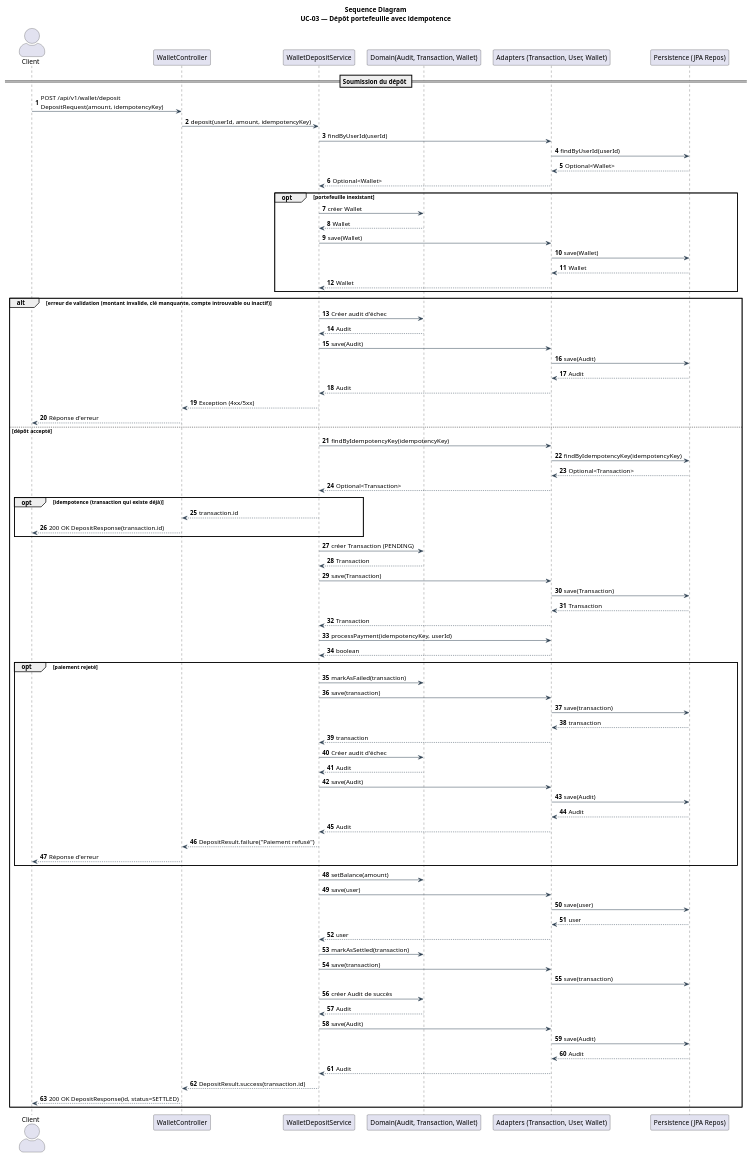
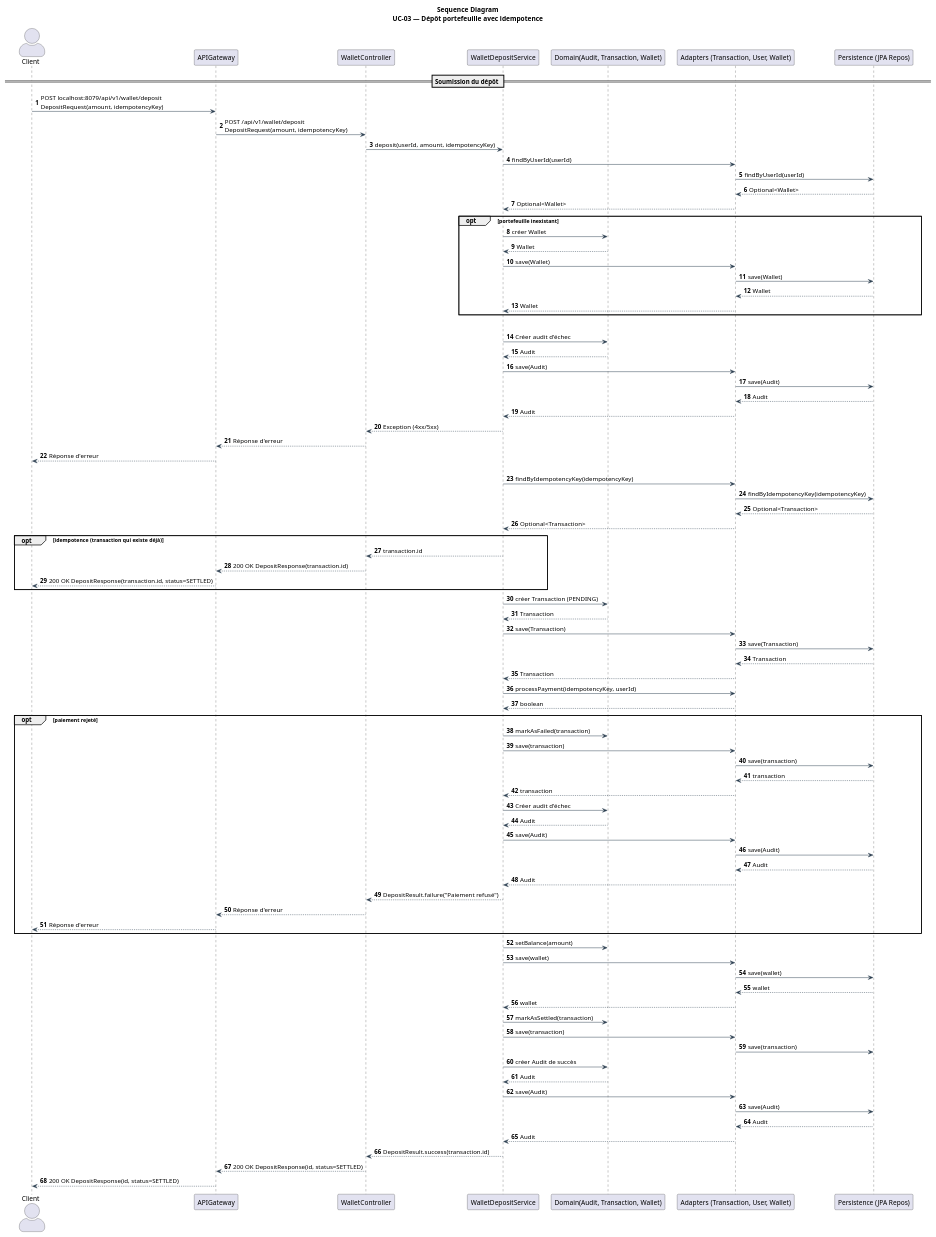
The diagram in docs/architecture/4+1/processView/sequenceDiagrams/sequenceDiagramUC03.puml (Hugo-12341234/BrokerX_MicroServices), drawn with PlantUML before and after one commit. The commit also changed 10 other files, not shown here.

Commit message:
Update diagrammes de séquence

```diff
--- a/docs/architecture/4+1/processView/sequenceDiagrams/sequenceDiagramUC03.puml
+++ b/docs/architecture/4+1/processView/sequenceDiagrams/sequenceDiagramUC03.puml
@@ -1,104 +1,108 @@
 @startuml
 ' UC-03 — Dépôt dans le portefeuille (BrokerX)
 
 title Sequence Diagram\nUC-03 — Dépôt portefeuille avec idempotence
 
 skinparam ParticipantPadding 8
 skinparam BoxPadding 6
 skinparam Shadowing false
 skinparam ArrowColor #2c3e50
 skinparam ActorStyle awesome
 autonumber
 
 actor Client
+participant APIGateway
 participant WalletController
 participant WalletDepositService as WalletService
 participant "Domain(Audit, Transaction, Wallet)" as Domain
 participant "Adapters (Transaction, User, Wallet)" as Adapters
 participant "Persistence (JPA Repos)" as Persistence
 
 == Soumission du dépôt ==
-Client -> WalletController: POST /api/v1/wallet/deposit\nDepositRequest(amount, idempotencyKey)
+Client -> APIGateway: POST localhost:8079/api/v1/wallet/deposit\nDepositRequest(amount, idempotencyKey)
+APIGateway -> WalletController: POST /api/v1/wallet/deposit\nDepositRequest(amount, idempotencyKey)
 WalletController -> WalletService: deposit(userId, amount, idempotencyKey)
 
 ' Récupération du portefeuille
 WalletService -> Adapters: findByUserId(userId)
 Adapters -> Persistence: findByUserId(userId)
 Persistence --> Adapters: Optional<Wallet>
 Adapters --> WalletService: Optional<Wallet>
 opt portefeuille inexistant
     WalletService -> Domain: créer Wallet
     Domain --> WalletService: Wallet
     WalletService -> Adapters: save(Wallet)
     Adapters -> Persistence: save(Wallet)
     Persistence --> Adapters: Wallet
     Adapters --> WalletService: Wallet
 end
 
 alt erreur de validation (montant invalide, clé manquante, compte introuvable ou inactif)
   WalletService -> Domain: Créer audit d'échec
   Domain --> WalletService: Audit
   WalletService -> Adapters: save(Audit)
     Adapters -> Persistence: save(Audit)
     Persistence --> Adapters: Audit
     Adapters --> WalletService: Audit
   WalletService --> WalletController: Exception (4xx/5xx)
-  WalletController --> Client: Réponse d'erreur
+  WalletController --> APIGateway: Réponse d'erreur
+  APIGateway --> Client: Réponse d'erreur
 else dépôt accepté
     WalletService -> Adapters: findByIdempotencyKey(idempotencyKey)
     Adapters -> Persistence: findByIdempotencyKey(idempotencyKey)
     Persistence --> Adapters: Optional<Transaction>
     Adapters --> WalletService: Optional<Transaction>
   opt idempotence (transaction qui existe déjà)
     WalletService --> WalletController: transaction.id
-    WalletController --> Client: 200 OK DepositResponse(transaction.id)
+    WalletController --> APIGateway: 200 OK DepositResponse(transaction.id)
+    APIGateway --> Client: 200 OK DepositResponse(transaction.id, status=SETTLED)
   end
 
   WalletService -> Domain: créer Transaction (PENDING)
     Domain --> WalletService: Transaction
     WalletService -> Adapters: save(Transaction)
   Adapters -> Persistence: save(Transaction)
   Persistence --> Adapters: Transaction
   Adapters --> WalletService: Transaction
 
   WalletService -> Adapters: processPayment(idempotencyKey, userId)
   Adapters --> WalletService: boolean
 
   opt paiement rejeté
     WalletService -> Domain: markAsFailed(transaction)
     WalletService -> Adapters: save(transaction)
     Adapters -> Persistence: save(transaction)
     Persistence --> Adapters: transaction
     Adapters --> WalletService: transaction
     WalletService -> Domain: Créer audit d'échec
     Domain --> WalletService: Audit
     WalletService -> Adapters: save(Audit)
     Adapters -> Persistence: save(Audit)
     Persistence --> Adapters: Audit
     Adapters --> WalletService: Audit
     WalletService --> WalletController: DepositResult.failure("Paiement refusé")
-    WalletController --> Client: Réponse d'erreur
+    WalletController --> APIGateway: Réponse d'erreur
+    APIGateway --> Client: Réponse d'erreur
    end
 
   WalletService -> Domain: setBalance(amount)
-  WalletService -> Adapters: save(user)
-  Adapters -> Persistence: save(user)
-  Persistence --> Adapters: user
-  Adapters --> WalletService: user
+  WalletService -> Adapters: save(wallet)
+  Adapters -> Persistence: save(wallet)
+  Persistence --> Adapters: wallet
+  Adapters --> WalletService: wallet
 
     WalletService -> Domain: markAsSettled(transaction)
     WalletService -> Adapters: save(transaction)
     Adapters -> Persistence: save(transaction)
 
   WalletService -> Domain: créer Audit de succès
     Domain --> WalletService: Audit
     WalletService -> Adapters: save(Audit)
   Adapters -> Persistence: save(Audit)
   Persistence --> Adapters: Audit
   Adapters --> WalletService: Audit
 
   WalletService --> WalletController: DepositResult.success(transaction.id)
-  WalletController --> Client: 200 OK DepositResponse(id, status=SETTLED)
-end
-
-@enduml
+  WalletController --> APIGateway: 200 OK DepositResponse(id, status=SETTLED)
+  APIGateway --> Client: 200 OK DepositResponse(id, status=SETTLED)
+@end
```
